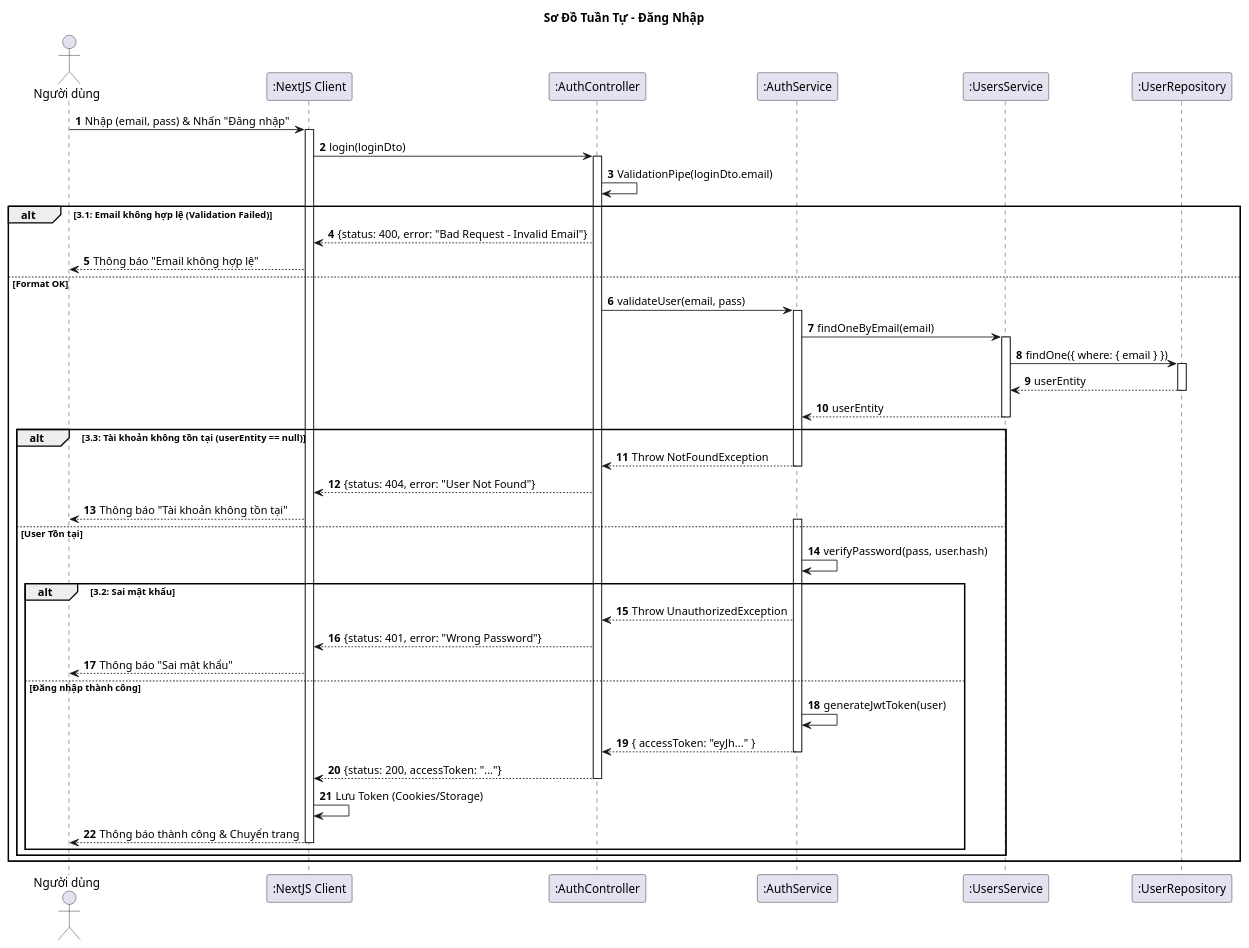
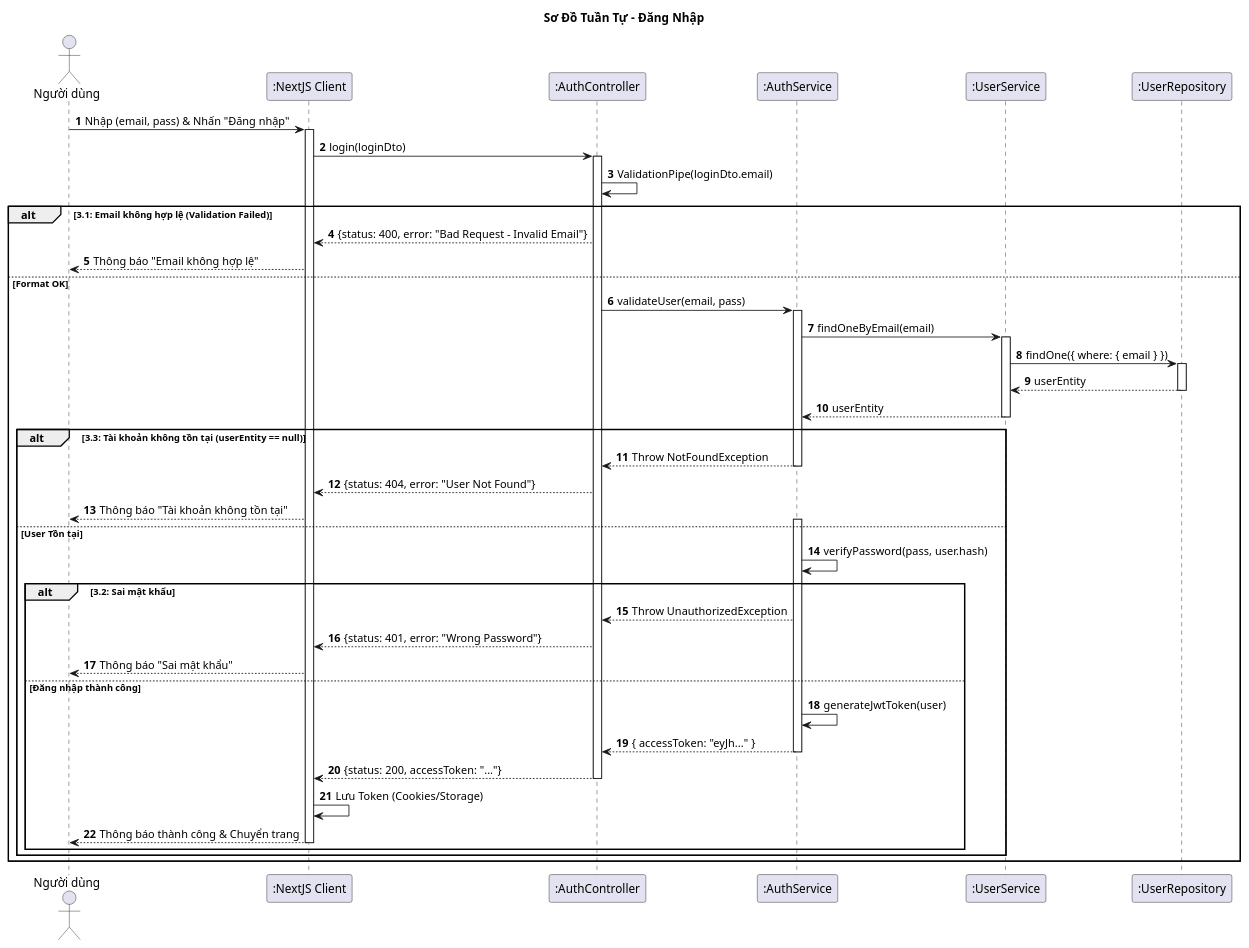
The diagram in Diagrams/SequenceDiagram/LoginSD.plantuml (vinh047/soundwave), drawn with PlantUML before and after one commit. The commit also changed 13 other files, not shown here.

Commit message:
Update: Sửa Class Diagram thành mức phân tích

```diff
--- a/Diagrams/SequenceDiagram/LoginSD.plantuml
+++ b/Diagrams/SequenceDiagram/LoginSD.plantuml
@@ -1,82 +1,82 @@
 @startuml Sequence Diagram - Đăng Nhập 
 
 title Sơ Đồ Tuần Tự - Đăng Nhập 
 
 actor "Người dùng" as User
 participant ":NextJS Client" as UI
 participant ":AuthController" as Controller
 participant ":AuthService" as AuthService
-participant ":UsersService" as UserService
+participant ":UserService" as UserService
 participant ":UserRepository" as DB
 
 autonumber
 
 ' === BƯỚC 1 & 2: GỬI YÊU CẦU ===
 User -> UI: Nhập (email, pass) & Nhấn "Đăng nhập"
 activate UI
 
 ' NestJS dùng DTO để hứng dữ liệu
 UI -> Controller: login(loginDto)
 activate Controller
 
 ' === BƯỚC 3: XỬ LÝ LOGIC ===
 
 ' --- CHECK 1: ĐỊNH DẠNG EMAIL (Validation Pipe) ---
 Controller -> Controller: ValidationPipe(loginDto.email)
 alt 3.1: Email không hợp lệ (Validation Failed)
     Controller --> UI: {status: 400, error: "Bad Request - Invalid Email"}
     UI --> User: Thông báo "Email không hợp lệ"
 
 else Format OK
     ' Controller gọi AuthService để xử lý nghiệp vụ
     Controller -> AuthService: validateUser(email, pass)
     activate AuthService
 
     ' --- CHECK 2: TÌM USER (Gọi sang UserService) ---
     AuthService -> UserService: findOneByEmail(email)
     activate UserService
     
     ' Service gọi Repository (TypeORM)
     UserService -> DB: findOne({ where: { email } })
     activate DB
     DB --> UserService: userEntity
     deactivate DB
     
     UserService --> AuthService: userEntity
     deactivate UserService
     
     alt 3.3: Tài khoản không tồn tại (userEntity == null)
         AuthService --> Controller: Throw NotFoundException
         deactivate AuthService
         Controller --> UI: {status: 404, error: "User Not Found"}
         UI --> User: Thông báo "Tài khoản không tồn tại"
         
     else User Tồn tại
         activate AuthService
         ' --- CHECK 3: MẬT KHẨU ---
         ' Sử dụng bcrypt để so sánh
         AuthService -> AuthService: verifyPassword(pass, user.hash)
         
         alt 3.2: Sai mật khẩu
             AuthService --> Controller: Throw UnauthorizedException
             Controller --> UI: {status: 401, error: "Wrong Password"}
             UI --> User: Thông báo "Sai mật khẩu"
             
         else Đăng nhập thành công
             ' --- TẠO TOKEN (JWT) ---
             AuthService -> AuthService: generateJwtToken(user)
             
             AuthService --> Controller: { accessToken: "eyJh..." }
             deactivate AuthService
             
             Controller --> UI: {status: 200, accessToken: "..."}
             deactivate Controller
             
             ' NextJS lưu token và chuyển trang
             UI -> UI: Lưu Token (Cookies/Storage)
             UI --> User: Thông báo thành công & Chuyển trang
             deactivate UI
         end
     end
 end
 @enduml
```
